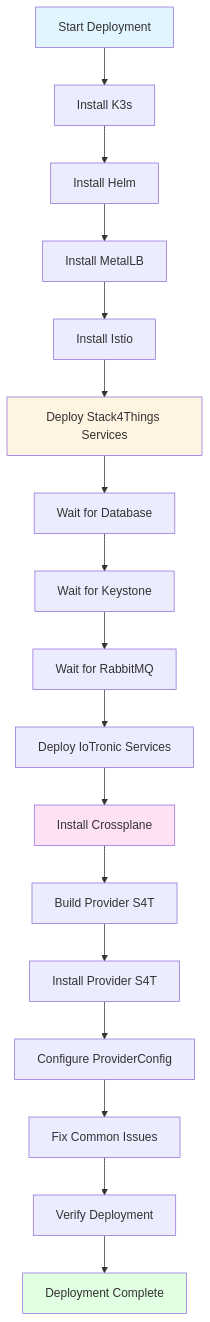
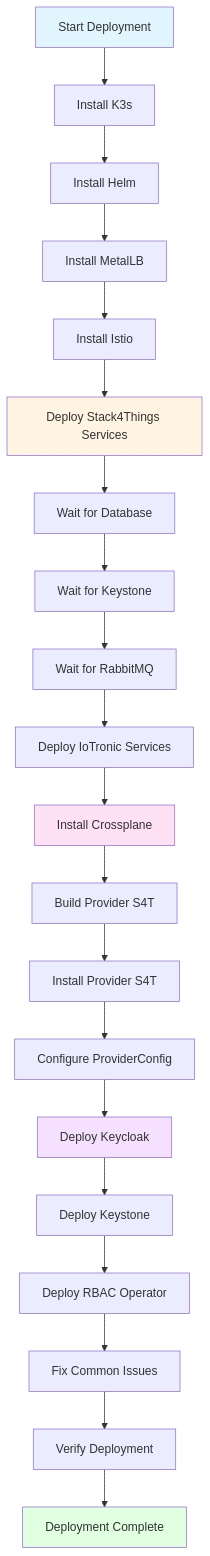
One commit to lucadagati/s4t_crossplane_deployment changed the third of 5 diagrams in README.md. Above: the diagram before and after it, drawn with Mermaid. The commit also changed other lines of this file, not shown here.

````diff
--- a/README.md
+++ b/README.md
@@ -217,27 +519,32 @@
 ```mermaid
 flowchart TD
     A[Start Deployment] --> B[Install K3s]
     B --> C[Install Helm]
     C --> D[Install MetalLB]
     D --> E[Install Istio]
     E --> F[Deploy Stack4Things Services]
     
     F --> G[Wait for Database]
     G --> H[Wait for Keystone]
     H --> I[Wait for RabbitMQ]
     I --> J[Deploy IoTronic Services]
     
     J --> K[Install Crossplane]
     K --> L[Build Provider S4T]
     L --> M[Install Provider S4T]
     M --> N[Configure ProviderConfig]
     
-    N --> O[Fix Common Issues]
-    O --> P[Verify Deployment]
-    P --> Q[Deployment Complete]
+    N --> O[Deploy Keycloak]
+    O --> P[Deploy Keystone]
+    P --> Q[Deploy RBAC Operator]
+    
+    Q --> R[Fix Common Issues]
+    R --> S[Verify Deployment]
+    S --> T[Deployment Complete]
     
     style A fill:#e1f5ff
-    style Q fill:#e1ffe1
+    style T fill:#e1ffe1
     style F fill:#fff4e1
     style K fill:#ffe1f5
+    style O fill:#f5e1ff
 ```
````
